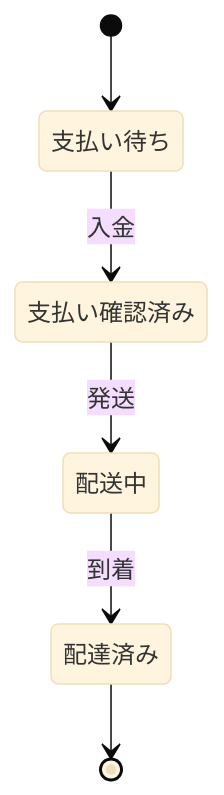
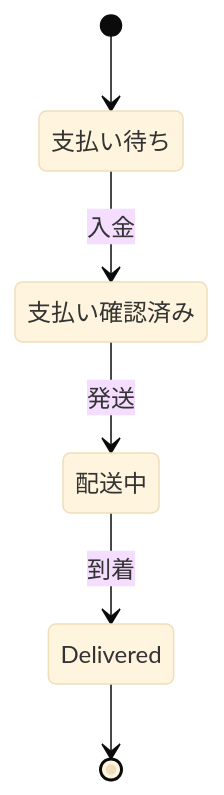
Diagram 24 of 29 in examples/EXAMPLE_ja.md (kohdice/mp-rs), drawn with Mermaid (base theme) before and after one commit. The commit also changed other lines of this file, not shown here.

Commit message:
docs(examples): keep the Japanese examples within what Mermaid renders

````diff
--- a/examples/EXAMPLE_ja.md
+++ b/examples/EXAMPLE_ja.md
@@ -521,13 +521,12 @@
 ```mermaid
 stateDiagram-v2
     state "支払い待ち" as Pending
     state "支払い確認済み" as Confirmed
     state "配送中" as Shipped
-    state "配達済み" as Delivered
 
     [*] --> Pending
     Pending --> Confirmed : 入金
     Confirmed --> Shipped : 発送
     Shipped --> Delivered : 到着
     Delivered --> [*]
 ```
````
